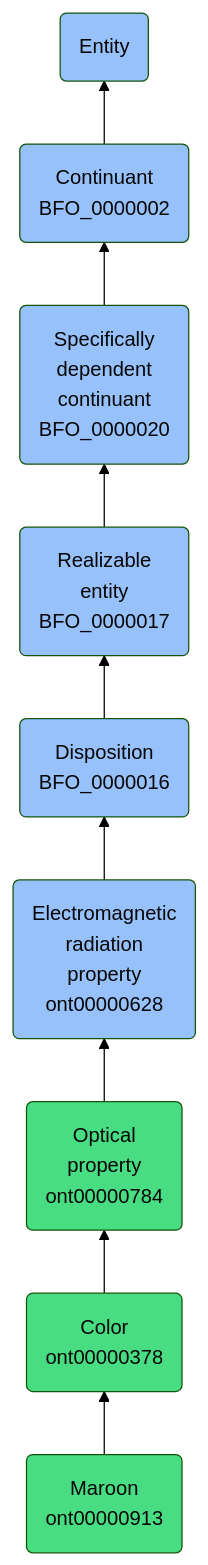
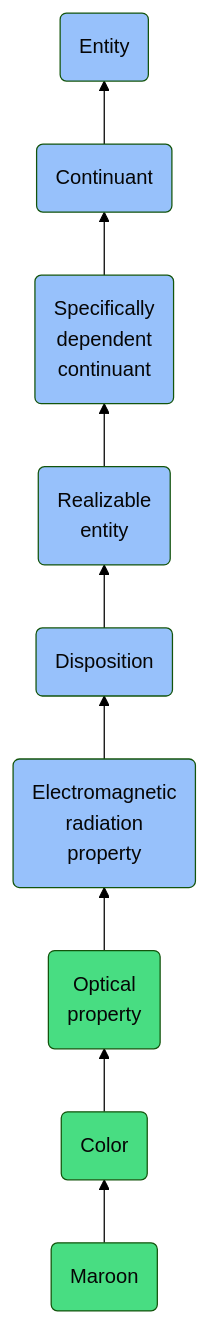
One commit to jupyter-naas/abi changed the diagram in docs/ontology/reference/model/Entity/Continuant/Specifically dependent continuant/Realizable entity/Disposition/Electromagnetic radiation property/Optical property/Color/Maroon/Maroon.md. Above: the diagram before and after it, drawn with Mermaid (forest theme). The commit also changed other lines of this file and 1430 other files, not shown here.

````diff
--- a/docs/ontology/reference/model/Entity/Continuant/Specifically dependent continuant/Realizable entity/Disposition/Electromagnetic radiation property/Optical property/Color/Maroon/Maroon.md
+++ b/docs/ontology/reference/model/Entity/Continuant/Specifically dependent continuant/Realizable entity/Disposition/Electromagnetic radiation property/Optical property/Color/Maroon/Maroon.md
@@ -24,16 +24,16 @@
 ```mermaid
 graph BT
-    ont00000913(Maroon<br>ont00000913):::ABI-->ont00000378
-    ont00000378(Color<br>ont00000378):::ABI-->ont00000784
-    ont00000784(Optical<br>property<br>ont00000784):::ABI-->ont00000628
-    ont00000628(Electromagnetic<br>radiation<br>property<br>ont00000628):::BFO-->BFO_0000016
-    BFO_0000016(Disposition<br>BFO_0000016):::BFO-->BFO_0000017
-    BFO_0000017(Realizable<br>entity<br>BFO_0000017):::BFO-->BFO_0000020
-    BFO_0000020(Specifically<br>dependent<br>continuant<br>BFO_0000020):::BFO-->BFO_0000002
-    BFO_0000002(Continuant<br>BFO_0000002):::BFO-->BFO_0000001
+    ont00000913(Maroon):::ABI-->ont00000378
+    ont00000378(Color):::ABI-->ont00000784
+    ont00000784(Optical<br>property):::ABI-->ont00000628
+    ont00000628(Electromagnetic<br>radiation<br>property):::BFO-->BFO_0000016
+    BFO_0000016(Disposition):::BFO-->BFO_0000017
+    BFO_0000017(Realizable<br>entity):::BFO-->BFO_0000020
+    BFO_0000020(Specifically<br>dependent<br>continuant):::BFO-->BFO_0000002
+    BFO_0000002(Continuant):::BFO-->BFO_0000001
     BFO_0000001(Entity):::BFO
     
     classDef BFO fill:#97c1fb,color:#060606
     classDef CCO fill:#e4c51e,color:#060606
     classDef ABI fill:#48DD82,color:#060606
 ```
````
